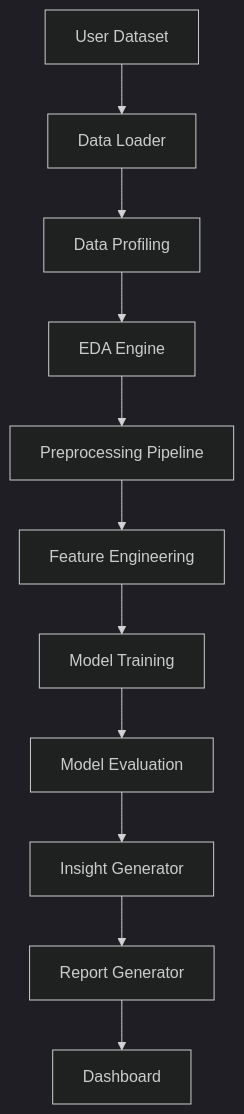
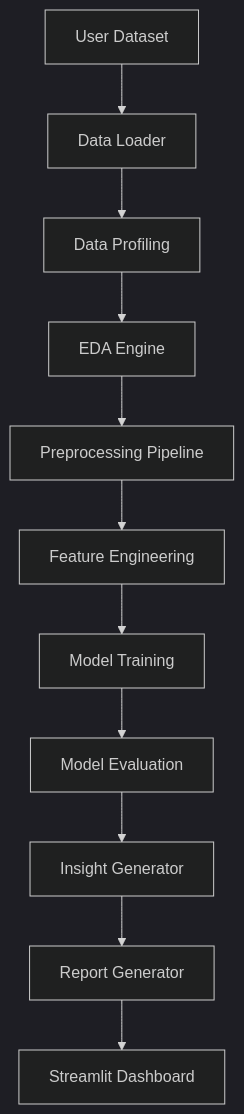
Before and after one commit to GhariebML/AutoAnalyst-AI: the first of 2 diagrams in docs/system_architecture.md, drawn with Mermaid (dark theme). The commit also changed other lines of this file and 27 other files, not shown here.

````diff
--- a/docs/system_architecture.md
+++ b/docs/system_architecture.md
@@ -5,13 +7,13 @@
 ```mermaid
 flowchart TD
     A[User Dataset] --> B[Data Loader]
     B --> C[Data Profiling]
     C --> D[EDA Engine]
     D --> E[Preprocessing Pipeline]
     E --> F[Feature Engineering]
     F --> G[Model Training]
     G --> H[Model Evaluation]
     H --> I[Insight Generator]
     I --> J[Report Generator]
-    J --> K[Dashboard]
+    J --> K[Streamlit Dashboard]
 ```
````
